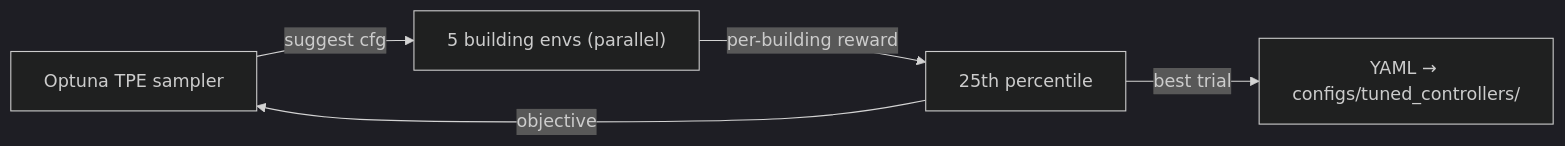
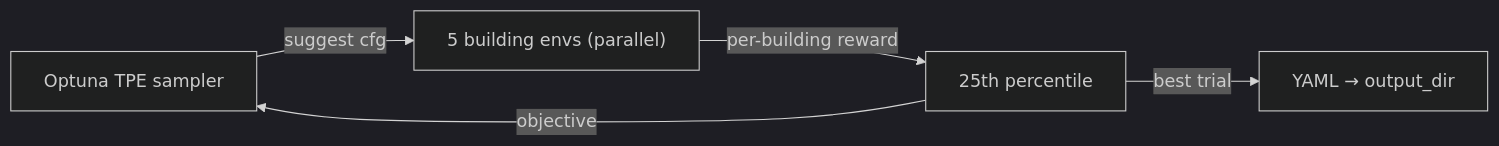
One commit to vtaboga/building2building changed the diagram in docs/baselines/tuning.md. Above: the diagram before and after it, drawn with Mermaid (dark theme). The commit also changed other lines of this file and 38 other files, not shown here.

````diff
--- a/docs/baselines/tuning.md
+++ b/docs/baselines/tuning.md
@@ -19,7 +20,7 @@
 ```mermaid
 graph LR
     A["Optuna TPE sampler"] -->|"suggest cfg"| B["5 building envs (parallel)"]
     B -->|"per-building reward"| C["25th percentile"]
     C -->|"objective"| A
-    C -->|"best trial"| D["YAML → configs/tuned_controllers/"]
+    C -->|"best trial"| D["YAML → output_dir"]
 ```
````
